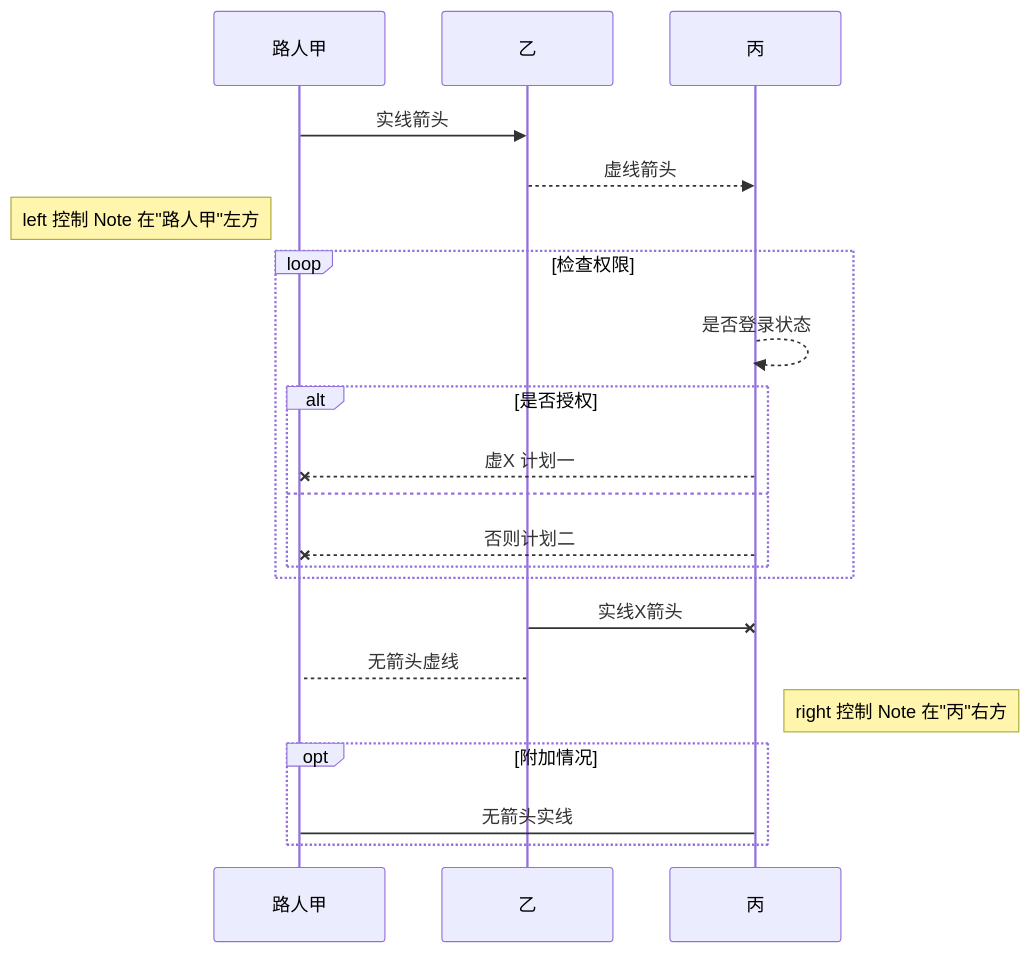
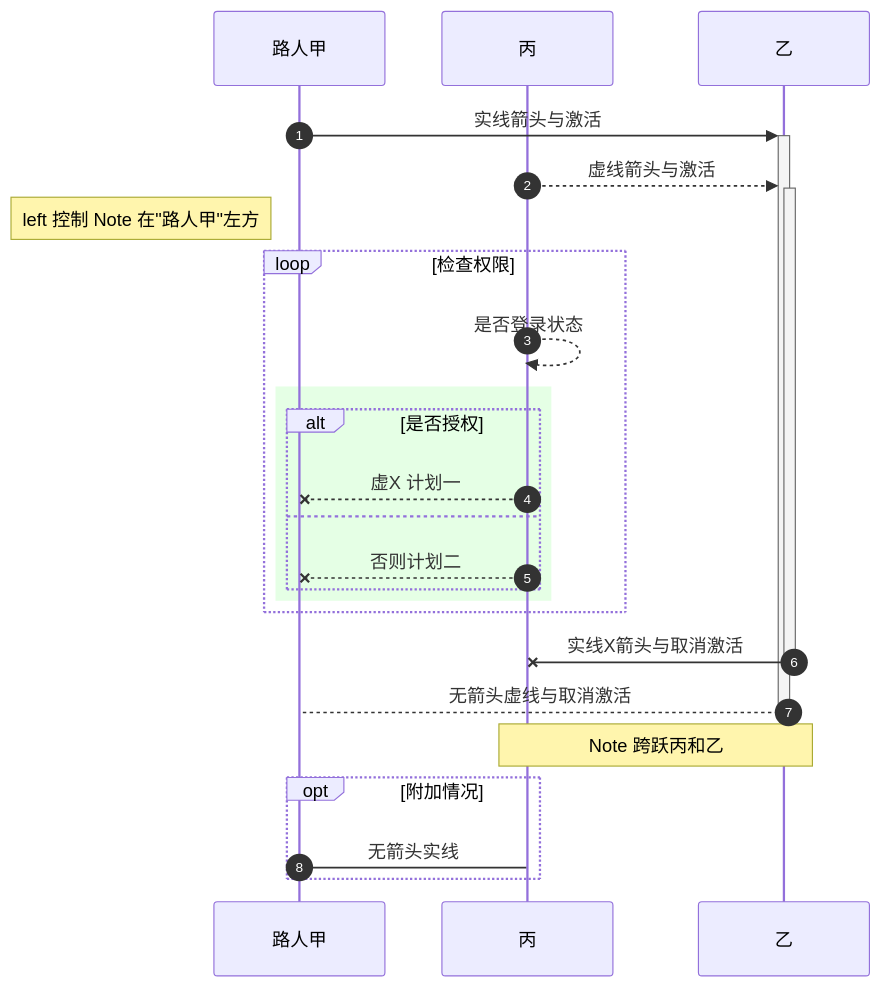
One commit to hivoid/docs changed the second of 3 diagrams in reference/mermaid.md. Above: the diagram before and after it, drawn with Mermaid. The commit also changed other lines of this file, not shown here.

Commit message:
mermaid syntax complated.

````diff
--- a/reference/mermaid.md
+++ b/reference/mermaid.md
@@ -44,22 +138,32 @@
 ```mermaid
 sequenceDiagram
-    路人甲 ->> 乙: 实线箭头
-    乙-->>丙: 虚线箭头
-    Note left of 路人甲: left 控制 Note 在"路人甲"左方
+    autonumber
+    %% 提前定义参与者可以限定对象展示顺序
+    participant sky as 路人甲
+    participant may as 丙
+    participant 乙
+
+    %% 箭头后边跟 `+` 表示激活目标对象，跟 `-` 表示取消激活箭头起始对象
+    %% 等同于在后边跟上命令：`activate <Actor>` 或 `deactivate <Actor>`
+    sky ->>+ 乙: 实线箭头与激活
+    may -->>+ 乙: 虚线箭头与激活
+    Note left of sky: left 控制 Note 在"路人甲"左方
     %% 这是一个循环
     loop 检查权限
-        丙-->>丙: 是否登录状态
-        %% 条件判断
-        alt 是否授权
-            丙--x 路人甲: 虚X 计划一
-        else
-            丙--x 路人甲: 否则计划二
+            may -->> may: 是否登录状态
+            %% 条件判断
+        rect rgba(0, 255, 0, .1)
+            alt 是否授权
+                may --x sky: 虚X 计划一
+            else
+                may --x sky: 否则计划二
+            end
         end
     end
-    乙-x 丙: 实线X箭头
-    乙-->路人甲: 无箭头虚线
-    Note right of 丙: right 控制 Note 在"丙"右方
+    乙 -x- may: 实线X箭头与取消激活
+    乙 -->- sky: 无箭头虚线与取消激活
+    Note over may,乙: Note 跨跃丙和乙
     opt 附加情况
-        路人甲->丙: 无箭头实线
+        sky -> may: 无箭头实线
     end
 ```
````
